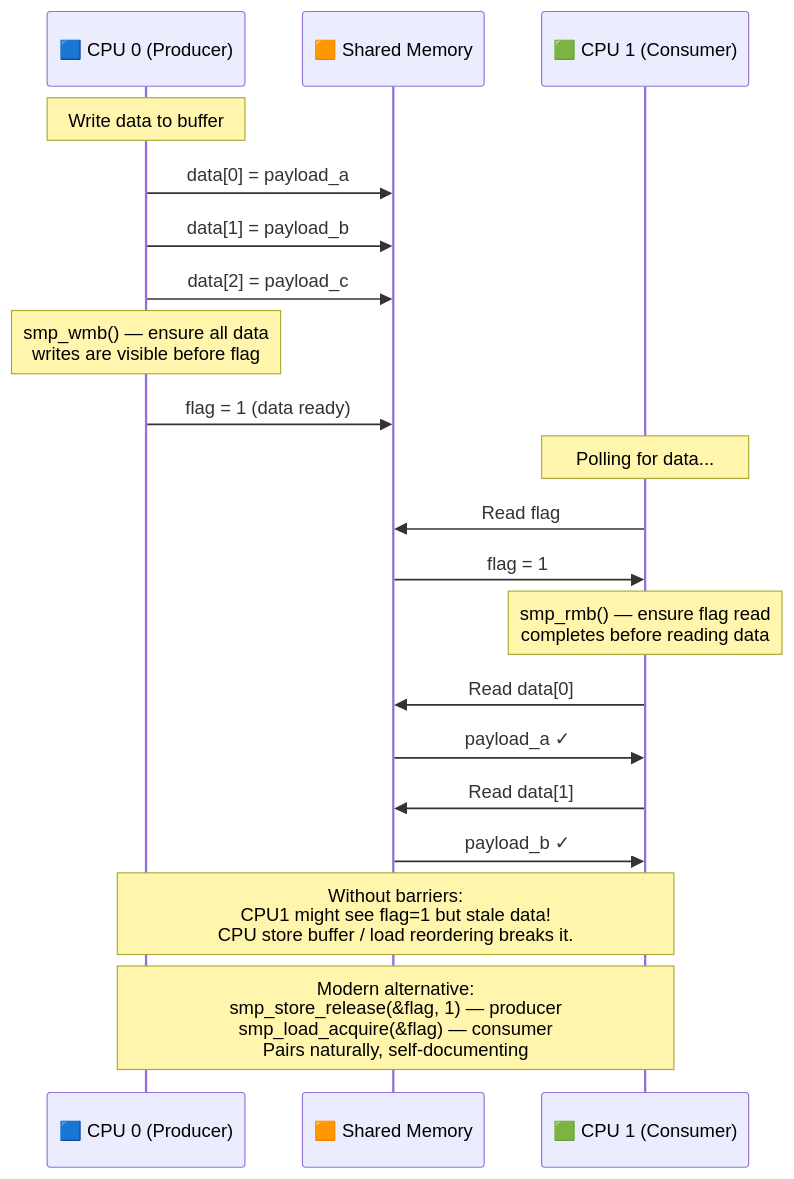
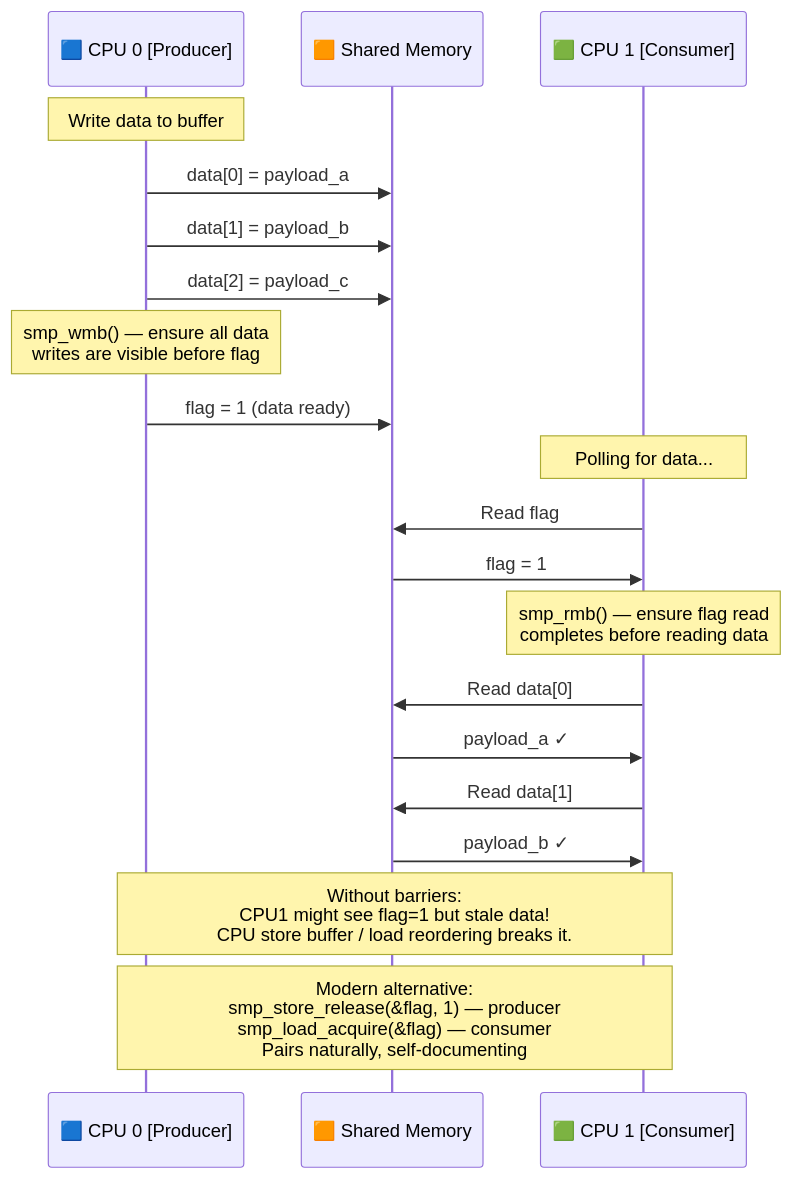
The second of 2 diagrams in MemoryManagement/09_Memory_Barriers_and_Cache_Coherency.md (nilprajapati97/Linux), drawn with Mermaid before and after one commit. The commit also changed 68 other files, not shown here.

````diff
--- a/MemoryManagement/09_Memory_Barriers_and_Cache_Coherency.md
+++ b/MemoryManagement/09_Memory_Barriers_and_Cache_Coherency.md
@@ -565,30 +565,30 @@
 ```mermaid
 sequenceDiagram
-    participant CPU0 as 🟦 CPU 0 (Producer)
+    participant CPU0 as 🟦 CPU 0 [Producer]
     participant MEM as 🟧 Shared Memory
-    participant CPU1 as 🟩 CPU 1 (Consumer)
+    participant CPU1 as 🟩 CPU 1 [Consumer]
 
     Note over CPU0: Write data to buffer
     CPU0->>MEM: data[0] = payload_a
     CPU0->>MEM: data[1] = payload_b
     CPU0->>MEM: data[2] = payload_c
 
     Note over CPU0: smp_wmb() — ensure all data<br/>writes are visible before flag
 
     CPU0->>MEM: flag = 1 (data ready)
 
     Note over CPU1: Polling for data...
     CPU1->>MEM: Read flag
     MEM->>CPU1: flag = 1
 
     Note over CPU1: smp_rmb() — ensure flag read<br/>completes before reading data
 
     CPU1->>MEM: Read data[0]
     MEM->>CPU1: payload_a ✓
     CPU1->>MEM: Read data[1]
     MEM->>CPU1: payload_b ✓
 
     Note over CPU0,CPU1: Without barriers:<br/>CPU1 might see flag=1 but stale data!<br/>CPU store buffer / load reordering breaks it.
 
     Note over CPU0,CPU1: Modern alternative:<br/>smp_store_release(&flag, 1)  — producer<br/>smp_load_acquire(&flag)       — consumer<br/>Pairs naturally, self-documenting
 ```
````
